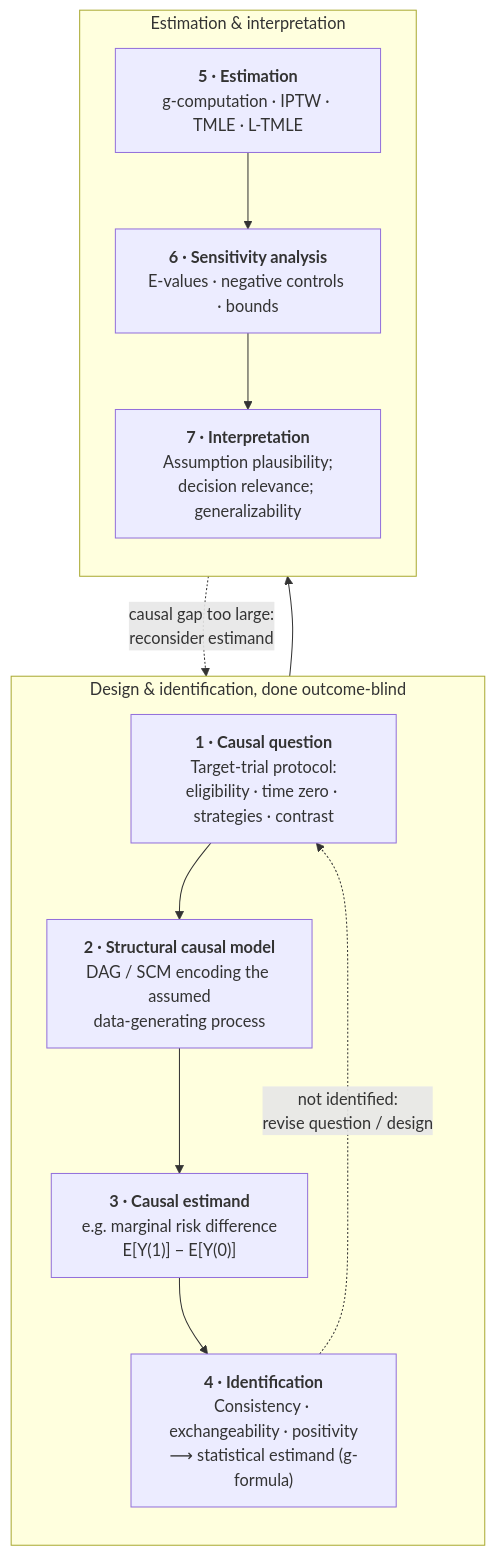
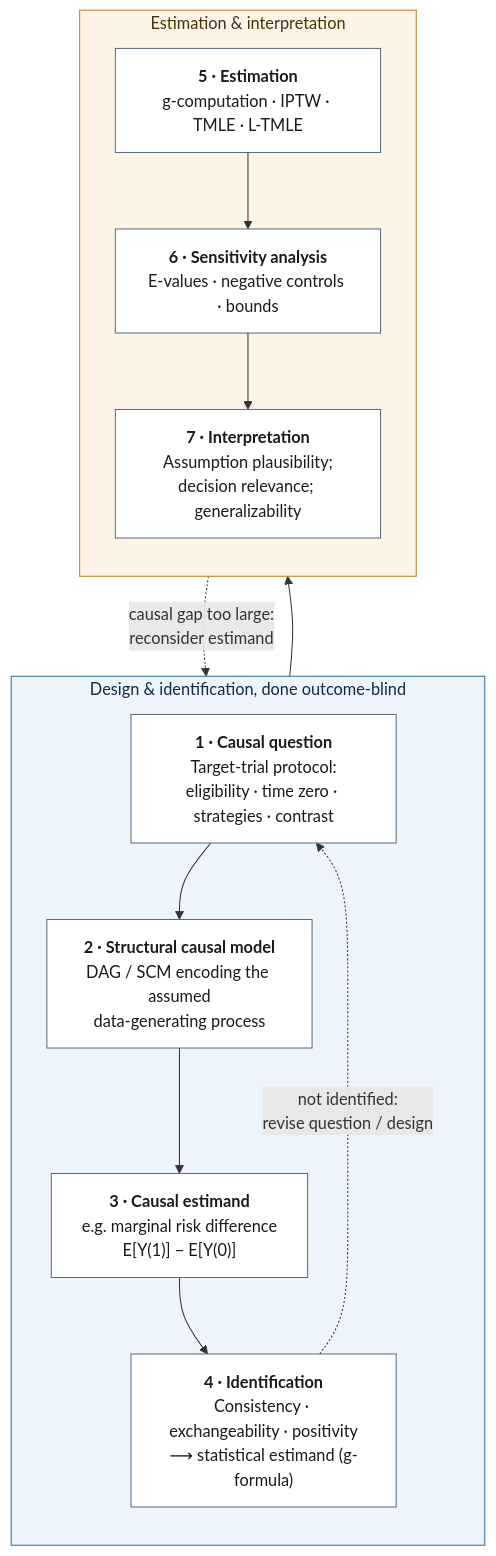
The diagram in 01-02-causal-roadmap.qmd (amertens/causal-learning-handbook), drawn with Mermaid before and after one commit. The commit also changed other lines of this file and 125 other files, not shown here.

````diff
--- a/01-02-causal-roadmap.qmd
+++ b/01-02-causal-roadmap.qmd
@@ -85,23 +85,27 @@
 ```{mermaid}
 %%| label: fig-roadmap-steps
 %%| fig-cap: "The seven-step Causal Roadmap. Steps 1–4 are the design and identification phase, ideally completed before the outcome data are unblinded; Steps 5–7 are estimation and interpretation. Dashed arrows show the two feedback loops that keep an analysis honest: if the estimand cannot be identified (Step 4) the question or design must be revised, and if sensitivity analysis (Step 6) reveals too large a causal gap the estimand itself may need to be reconsidered."
 flowchart TD
     subgraph DESIGN ["Design &amp; identification, done outcome-blind"]
         direction TB
         S1["<b>1 · Causal question</b><br/>Target-trial protocol:<br/>eligibility · time zero · strategies · contrast"]
         S2["<b>2 · Structural causal model</b><br/>DAG / SCM encoding the assumed<br/>data-generating process"]
         S3["<b>3 · Causal estimand</b><br/>e.g. marginal risk difference<br/>E[Y(1)] − E[Y(0)]"]
         S4["<b>4 · Identification</b><br/>Consistency · exchangeability · positivity<br/>⟶ statistical estimand (g-formula)"]
         S1 --> S2 --> S3 --> S4
     end
     subgraph ANALYSIS ["Estimation &amp; interpretation"]
         direction TB
         S5["<b>5 · Estimation</b><br/>g-computation · IPTW · TMLE · L-TMLE"]
         S6["<b>6 · Sensitivity analysis</b><br/>E-values · negative controls · bounds"]
         S7["<b>7 · Interpretation</b><br/>Assumption plausibility;<br/>decision relevance; generalizability"]
         S5 --> S6 --> S7
     end
     S4 --> S5
     S4 -. "not identified:<br/>revise question / design" .-> S1
     S6 -. "causal gap too large:<br/>reconsider estimand" .-> S3
+    style DESIGN fill:#eef4fb,stroke:#2c6e9e,color:#0f2a43
+    style ANALYSIS fill:#fdf4e7,stroke:#b97d2a,color:#4a3009
+    classDef step fill:#ffffff,stroke:#5b6b7a,color:#1a1a1a
+    class S1,S2,S3,S4,S5,S6,S7 step
 ```
````
